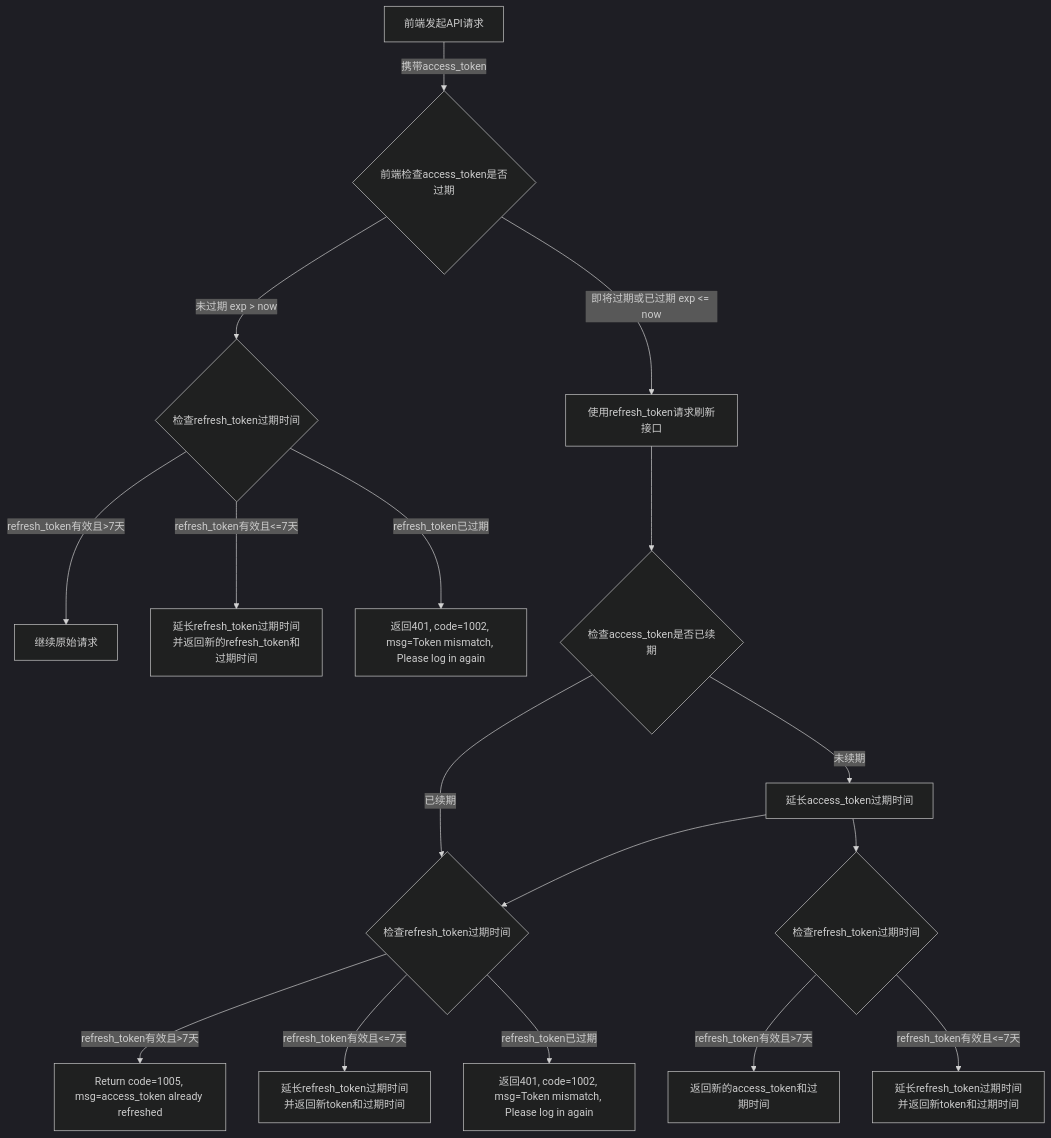
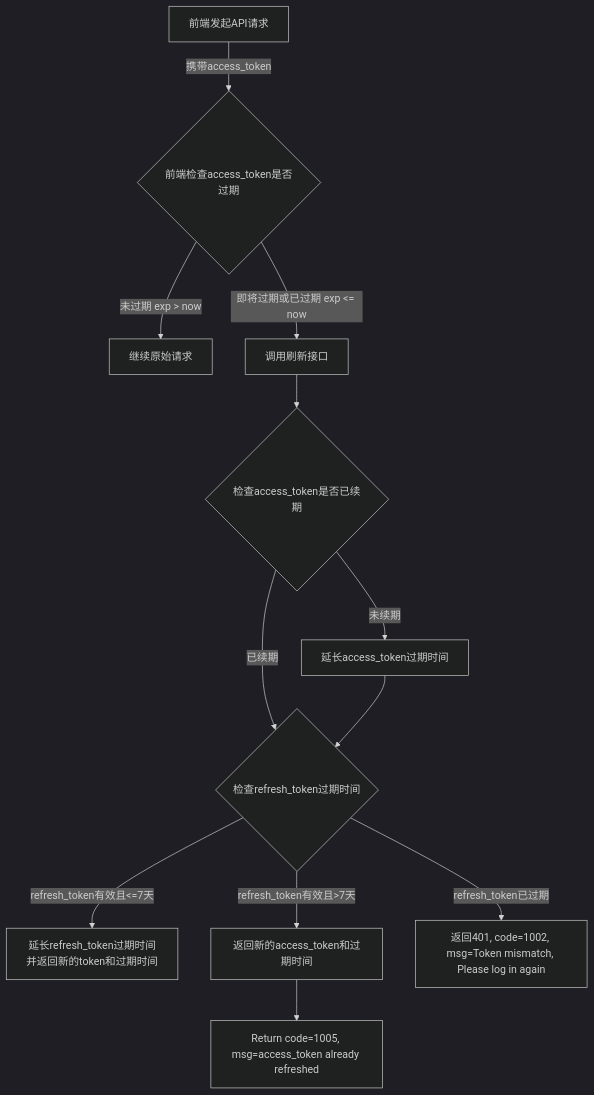
One commit to yingjianzh/iodraw-files changed the diagram in all/openAPI-17.md. Above: the diagram before and after it, drawn with Mermaid (dark theme).

Commit message:
2025-01-08 18:44:30 update

````diff
--- a/all/openAPI-17.md
+++ b/all/openAPI-17.md
@@ -1,19 +1,14 @@
 ```mermaid
 flowchart TD
     A[前端发起API请求] -->|携带access_token| B{前端检查access_token是否过期}
-    B -->|未过期 exp > now| C{检查refresh_token过期时间}
-    B -->|即将过期或已过期 exp <= now| D[使用refresh_token请求刷新接口]
-    C -->|refresh_token有效且>7天| E[继续原始请求]
-    C -->|refresh_token有效且<=7天| F[延长refresh_token过期时间并返回新的refresh_token和过期时间]
-    C -->|refresh_token已过期| G[返回401, code=1002, msg=Token mismatch, Please log in again]
-    D --> H{检查access_token是否已续期}
-    H -->|已续期| I{检查refresh_token过期时间}
-    H -->|未续期| J[延长access_token过期时间] --> I
-    I -->|refresh_token有效且>7天| K[Return code=1005, msg=access_token already refreshed]
-    I -->|refresh_token有效且<=7天| L[延长refresh_token过期时间并返回新token和过期时间]
-    I -->|refresh_token已过期| M[返回401, code=1002, msg=Token mismatch, Please log in again]
-    J --> N{检查refresh_token过期时间}
-    N -->|refresh_token有效且>7天| O[返回新的access_token和过期时间]
-    N -->|refresh_token有效且<=7天| P[延长refresh_token过期时间并返回新token和过期时间]
+    B -->|未过期 exp > now| C[继续原始请求]
+    B -->|即将过期或已过期 exp <= now| D[调用刷新接口]
+    D --> E{检查access_token是否已续期}
+    E -->|已续期| F{检查refresh_token过期时间}
+    E -->|未续期| G[延长access_token过期时间] --> F
+    F -->|refresh_token有效且<=7天| H[延长refresh_token过期时间并返回新的token和过期时间]
+    F -->|refresh_token有效且>7天| I[返回新的access_token和过期时间]
+    F -->|refresh_token已过期| J[返回401, code=1002, msg=Token mismatch, Please log in again]
+    I --> K[Return code=1005, msg=access_token already refreshed]
 
 ```
````
